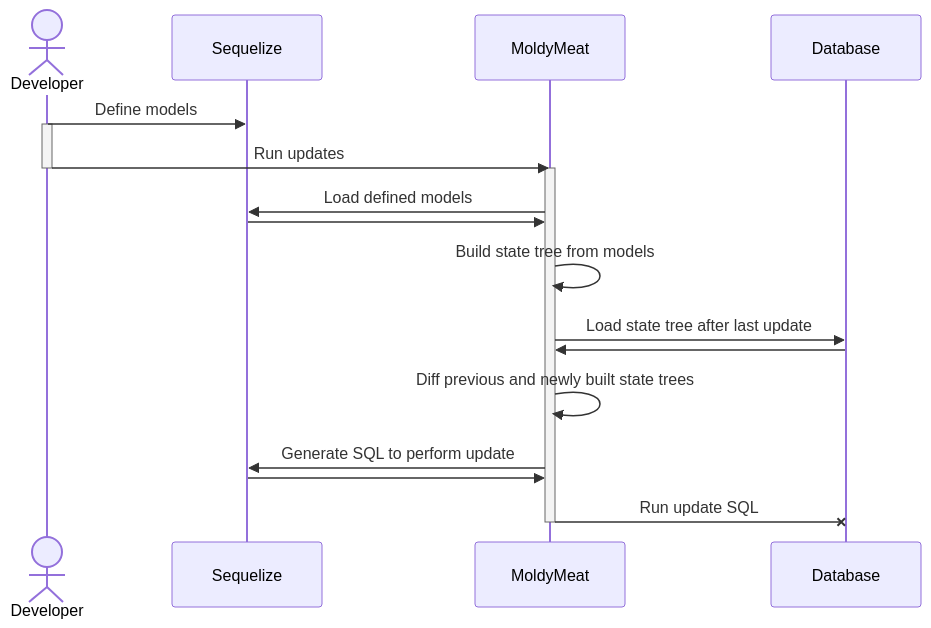
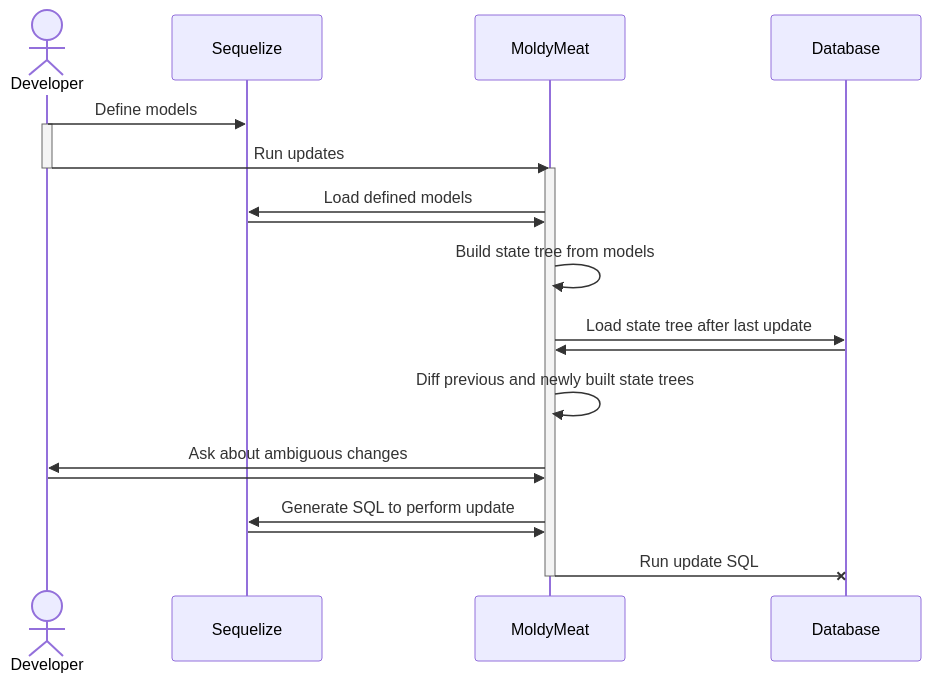
The diagram in README.md (natesymer/moldymeat), drawn with Mermaid before and after one commit. The commit also changed other lines of this file, not shown here.

````diff
--- a/README.md
+++ b/README.md
@@ -35,22 +70,24 @@
 ```mermaid
 sequenceDiagram
     actor Developer
     participant Sequelize
     participant MoldyMeat
     participant Database
     Developer->>Sequelize: Define models
     activate Developer
     Developer->>MoldyMeat: Run updates
     deactivate Developer
     activate MoldyMeat
     MoldyMeat->>Sequelize: Load defined models
     Sequelize->>MoldyMeat: 
     MoldyMeat->>MoldyMeat: Build state tree from models
     MoldyMeat->>Database: Load state tree after last update
     Database->>MoldyMeat: 
     MoldyMeat->>MoldyMeat: Diff previous and newly built state trees
+    MoldyMeat->>Developer: Ask about ambiguous changes
+    Developer->>MoldyMeat: 
     MoldyMeat->>Sequelize: Generate SQL to perform update
     Sequelize->>MoldyMeat: 
     MoldyMeat-xDatabase: Run update SQL
     deactivate MoldyMeat
 ```
````
